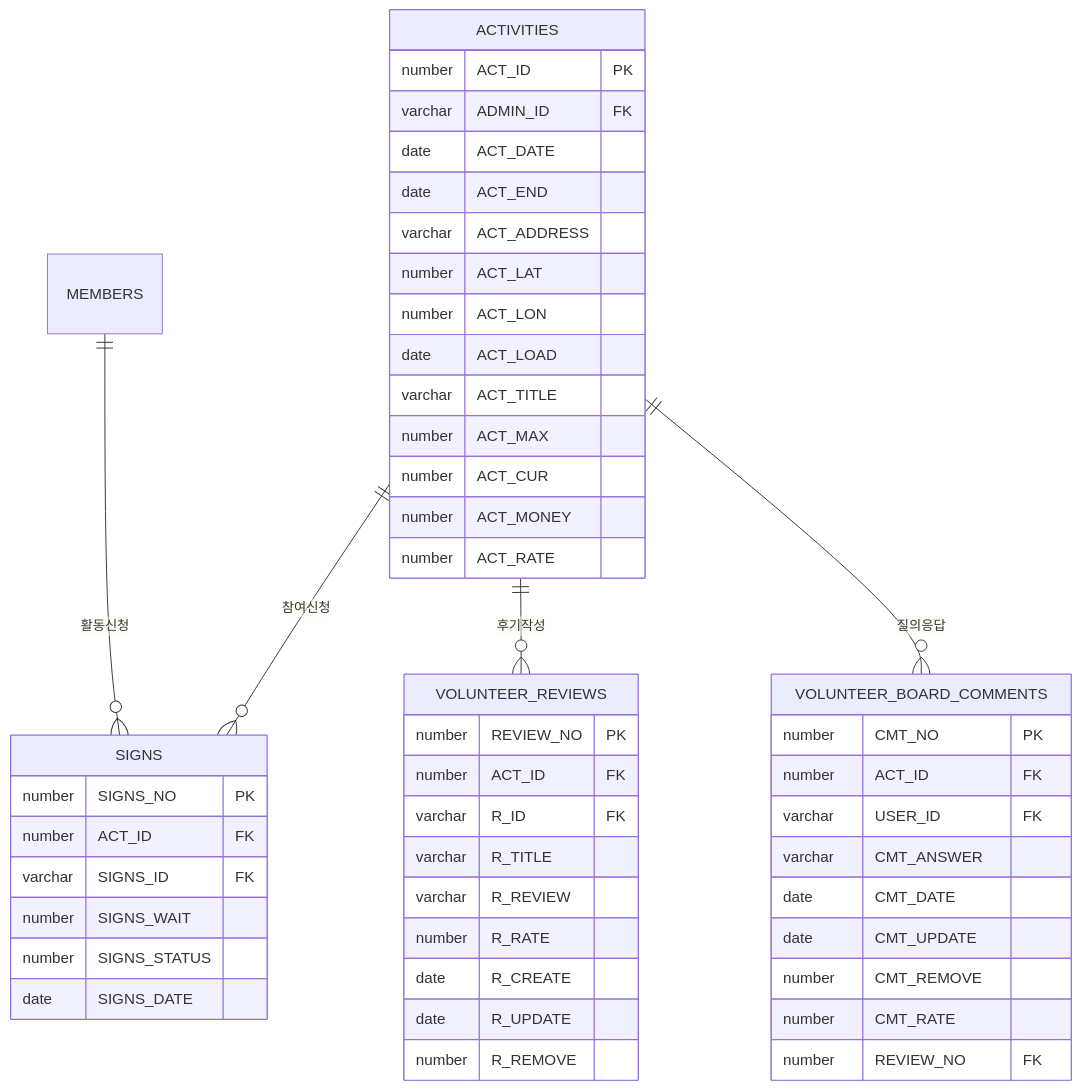
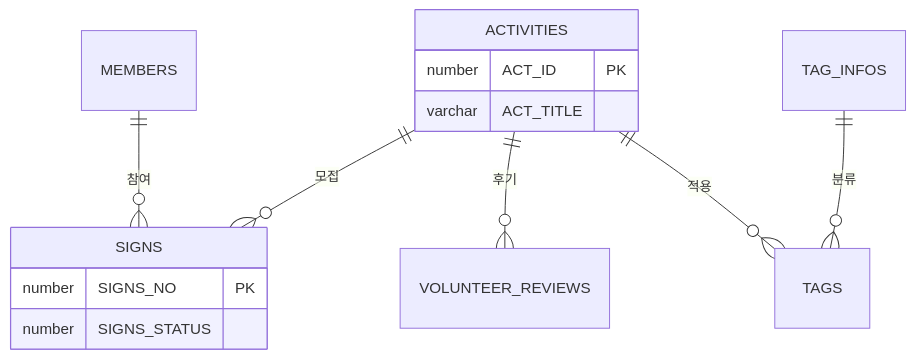
The third of 6 diagrams in erd.md (KJH-Portfolio/202511-stray-dog-volunteer), drawn with Mermaid before and after one commit. The commit also changed other lines of this file and 1 other file, not shown here.

````diff
--- a/erd.md
+++ b/erd.md
@@ -485,52 +450,17 @@
 ```mermaid
 erDiagram
+    MEMBERS ||--o{ SIGNS : "참여"
+    ACTIVITIES ||--o{ SIGNS : "모집"
+    ACTIVITIES ||--o{ VOLUNTEER_REVIEWS : "후기"
+    TAG_INFOS ||--o{ TAGS : "분류"
+    ACTIVITIES ||--o{ TAGS : "적용"
+    
     ACTIVITIES {
         number ACT_ID PK
-        varchar ADMIN_ID FK
-        date ACT_DATE
-        date ACT_END
-        varchar ACT_ADDRESS
-        number ACT_LAT
-        number ACT_LON
-        date ACT_LOAD
         varchar ACT_TITLE
-        number ACT_MAX
-        number ACT_CUR
-        number ACT_MONEY
-        number ACT_RATE
     }
     SIGNS {
         number SIGNS_NO PK
-        number ACT_ID FK
-        varchar SIGNS_ID FK
-        number SIGNS_WAIT
         number SIGNS_STATUS
-        date SIGNS_DATE
     }
-    VOLUNTEER_REVIEWS {
-        number REVIEW_NO PK
-        number ACT_ID FK
-        varchar R_ID FK
-        varchar R_TITLE
-        varchar R_REVIEW
-        number R_RATE
-        date R_CREATE
-        date R_UPDATE
-        number R_REMOVE
-    }
-    VOLUNTEER_BOARD_COMMENTS {
-        number CMT_NO PK
-        number ACT_ID FK
-        varchar USER_ID FK
-        varchar CMT_ANSWER
-        date CMT_DATE
-        date CMT_UPDATE
-        number CMT_REMOVE
-        number CMT_RATE
-        number REVIEW_NO FK
-    }
-    ACTIVITIES ||--o{ SIGNS : "참여신청"
-    ACTIVITIES ||--o{ VOLUNTEER_REVIEWS : "후기작성"
-    ACTIVITIES ||--o{ VOLUNTEER_BOARD_COMMENTS : "질의응답"
-    MEMBERS ||--o{ SIGNS : "활동신청"
 ```
````
